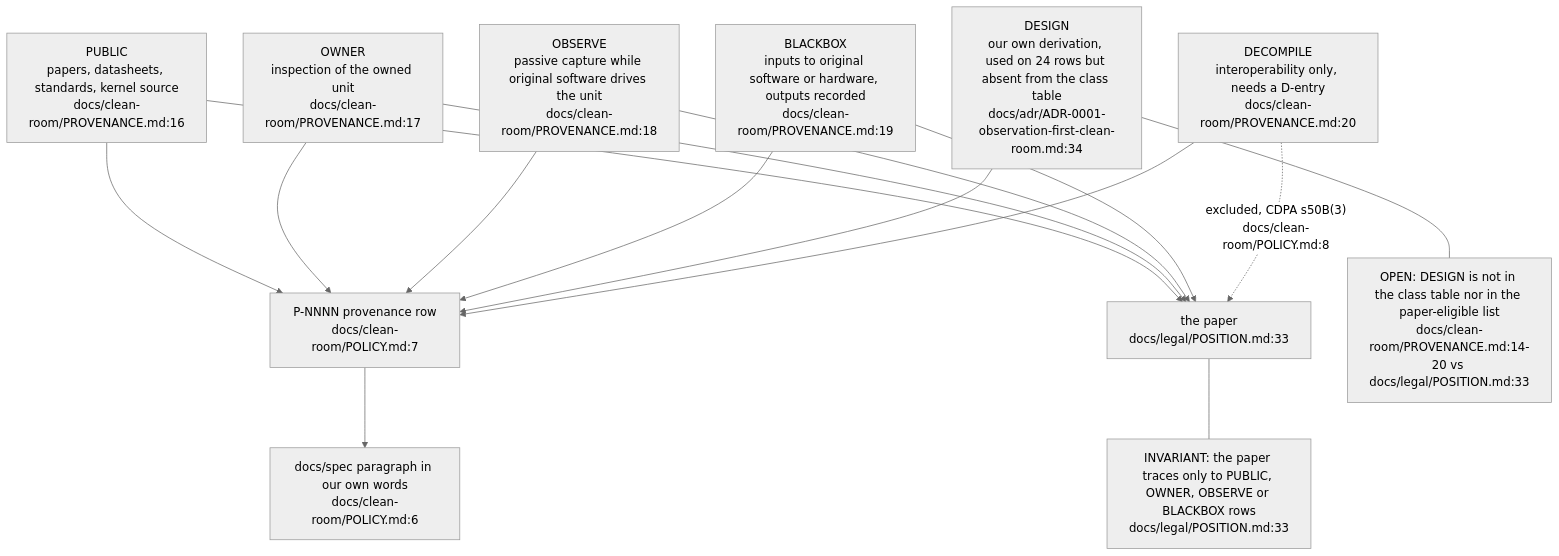
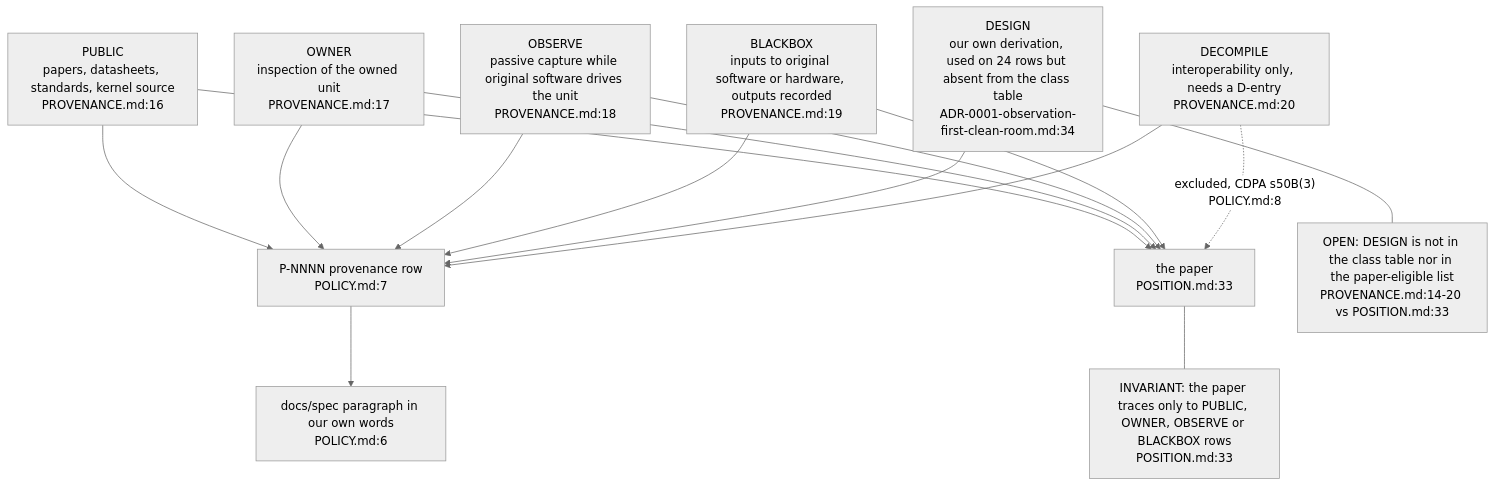
One commit to DreamLab-AI/VisionFlow changed the first of 4 diagrams in docs/diagrams/visiontouch-rs/01-clean-room-method-and-provenance.md. Above: the diagram before and after it, drawn with Mermaid (neutral theme). The commit also changed other lines of this file and 27 other files, not shown here.

````diff
--- a/docs/diagrams/visiontouch-rs/01-clean-room-method-and-provenance.md
+++ b/docs/diagrams/visiontouch-rs/01-clean-room-method-and-provenance.md
@@ -33,28 +35,28 @@
 ```mermaid
 flowchart TB
-    PUB["PUBLIC<br/>papers, datasheets, standards, kernel source<br/>docs/clean-room/PROVENANCE.md:16"]
-    OWN["OWNER<br/>inspection of the owned unit<br/>docs/clean-room/PROVENANCE.md:17"]
-    OBS["OBSERVE<br/>passive capture while original software drives the unit<br/>docs/clean-room/PROVENANCE.md:18"]
-    BLK["BLACKBOX<br/>inputs to original software or hardware, outputs recorded<br/>docs/clean-room/PROVENANCE.md:19"]
-    DES["DESIGN<br/>our own derivation, used on 24 rows but absent from the class table<br/>docs/adr/ADR-0001-observation-first-clean-room.md:34"]
-    DEC["DECOMPILE<br/>interoperability only, needs a D-entry<br/>docs/clean-room/PROVENANCE.md:20"]
-    ROW["P-NNNN provenance row<br/>docs/clean-room/POLICY.md:7"]
-    SPEC["docs/spec paragraph in our own words<br/>docs/clean-room/POLICY.md:6"]
-    PAPER["the paper<br/>docs/legal/POSITION.md:33"]
+    PUB["PUBLIC<br/>papers, datasheets, standards, kernel source<br/>PROVENANCE.md:16"]
+    OWN["OWNER<br/>inspection of the owned unit<br/>PROVENANCE.md:17"]
+    OBS["OBSERVE<br/>passive capture while original software drives the unit<br/>PROVENANCE.md:18"]
+    BLK["BLACKBOX<br/>inputs to original software or hardware, outputs recorded<br/>PROVENANCE.md:19"]
+    DES["DESIGN<br/>our own derivation, used on 24 rows but absent from the class table<br/>ADR-0001-observation-first-clean-room.md:34"]
+    DEC["DECOMPILE<br/>interoperability only, needs a D-entry<br/>PROVENANCE.md:20"]
+    ROW["P-NNNN provenance row<br/>POLICY.md:7"]
+    SPEC["docs/spec paragraph in our own words<br/>POLICY.md:6"]
+    PAPER["the paper<br/>POSITION.md:33"]
     PUB --> ROW
     OWN --> ROW
     OBS --> ROW
     BLK --> ROW
     DES --> ROW
     DEC --> ROW
     ROW --> SPEC
     PUB --> PAPER
     OWN --> PAPER
     OBS --> PAPER
     BLK --> PAPER
-    DEC -. "excluded, CDPA s50B(3)<br/>docs/clean-room/POLICY.md:8" .-> PAPER
-    N1["INVARIANT: the paper traces only to PUBLIC, OWNER, OBSERVE or BLACKBOX rows<br/>docs/legal/POSITION.md:33"]
-    N2["OPEN: DESIGN is not in the class table nor in the paper-eligible list<br/>docs/clean-room/PROVENANCE.md:14-20 vs docs/legal/POSITION.md:33"]
+    DEC -. "excluded, CDPA s50B(3)<br/>POLICY.md:8" .-> PAPER
+    N1["INVARIANT: the paper traces only to PUBLIC, OWNER, OBSERVE or BLACKBOX rows<br/>POSITION.md:33"]
+    N2["OPEN: DESIGN is not in the class table nor in the paper-eligible list<br/>PROVENANCE.md:14-20 vs POSITION.md:33"]
     DES --- N2
     PAPER --- N1
 ```
````
